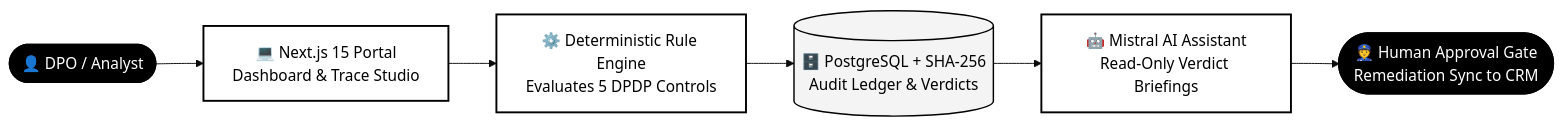
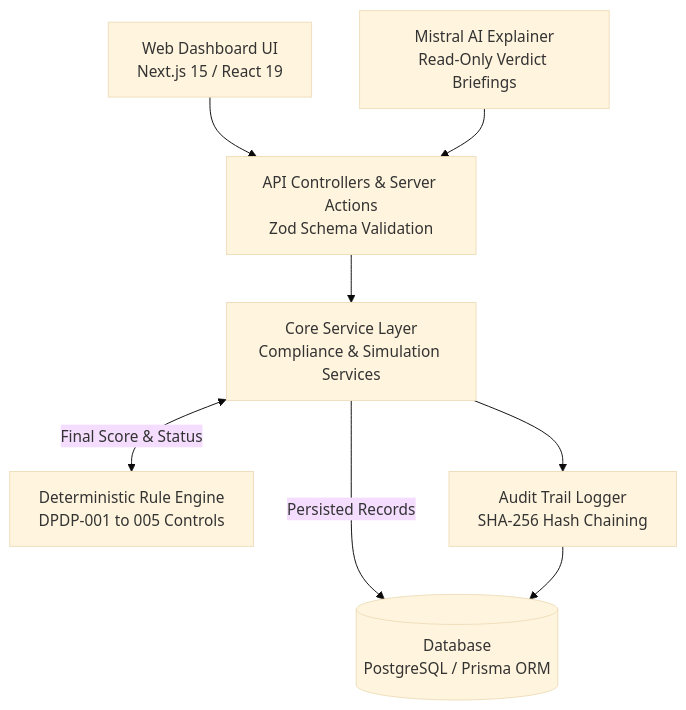
The first of 2 diagrams in README.md (VedantVH/SalesForce), drawn with Mermaid (base theme) before and after one commit. The commit also changed other lines of this file, not shown here.

Commit message:
docs: align architecture with system flow and assessment sequence diagrams

````diff
--- a/README.md
+++ b/README.md
@@ -51,13 +53,13 @@
 ```mermaid
-flowchart LR
-    %% Black & White Minimalist Architecture
-    classDef dark fill:#000000,stroke:#000000,stroke-width:2px,color:#ffffff;
-    classDef light fill:#ffffff,stroke:#000000,stroke-width:2px,color:#000000;
-    classDef soft fill:#f4f4f5,stroke:#000000,stroke-width:1.5px,color:#000000;
+flowchart TD
+    UI[Web Dashboard UI<br>Next.js 15 / React 19] --> Controller[API Controllers & Server Actions<br>Zod Schema Validation]
+    AI[Mistral AI Explainer<br>Read-Only Verdict Briefings] --> Controller
 
-    User([👤 DPO / Analyst]):::dark --> Web[💻 Next.js 15 Portal<br>Dashboard & Trace Studio]:::light
-    Web --> Engine[⚙️ Deterministic Rule Engine<br>Evaluates 5 DPDP Controls]:::light
-    Engine --> DB[(🗄️ PostgreSQL + SHA-256<br>Audit Ledger & Verdicts)]:::soft
-    DB --> AI[🤖 Mistral AI Assistant<br>Read-Only Verdict Briefings]:::light
-    AI --> Approval([👮 Human Approval Gate<br>Remediation Sync to CRM]):::dark
+    Controller --> Service[Core Service Layer<br>Compliance & Simulation Services]
+
+    Service <-->|Final Score & Status| Engine[Deterministic Rule Engine<br>DPDP-001 to 005 Controls]
+    Service --> Audit[Audit Trail Logger<br>SHA-256 Hash Chaining]
+
+    Service -->|Persisted Records| DB[(Database<br>PostgreSQL / Prisma ORM)]
+    Audit --> DB
 ```
````
